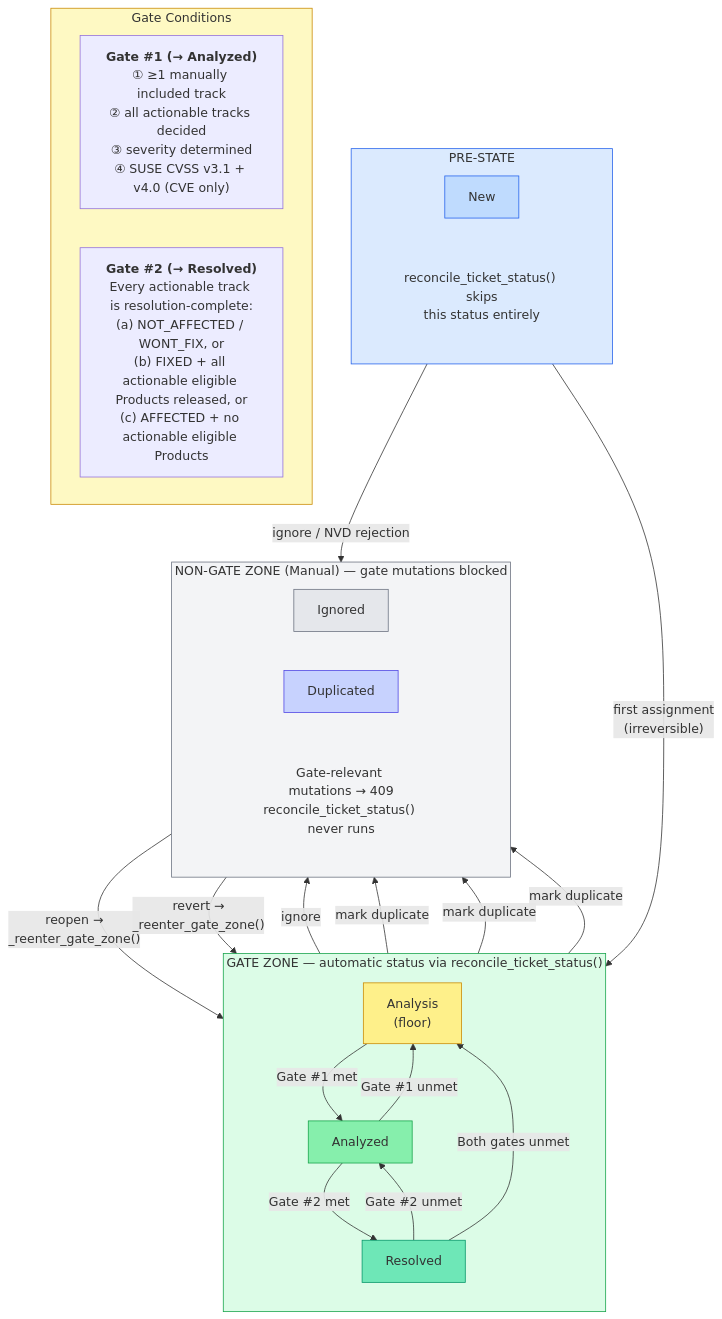
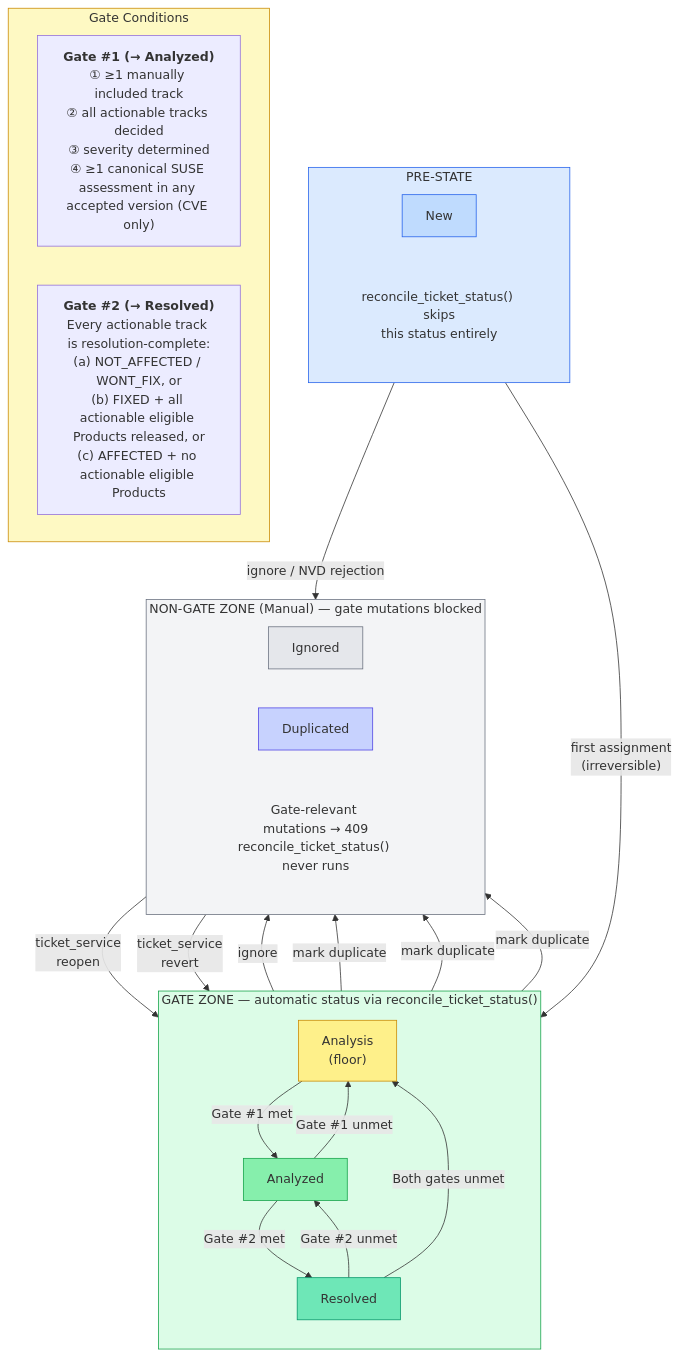
The sixth of 7 diagrams in docs/system-map.md (StayPirate/sentinel), drawn with Mermaid before and after one commit. The commit also changed other lines of this file and 16 other files, not shown here.

````diff
--- a/docs/system-map.md
+++ b/docs/system-map.md
@@ -640,64 +641,64 @@
 ```mermaid
 flowchart TD
     subgraph pre["PRE-STATE"]
         direction LR
         NEW["New"]
         NOTE_PRE["reconcile_ticket_status() skips<br/>this status entirely"]
     end
 
     subgraph gate["GATE ZONE — automatic status via reconcile_ticket_status()"]
         direction TB
         ANALYSIS["Analysis<br/>(floor)"]
         ANALYZED["Analyzed"]
         RESOLVED["Resolved"]
 
         ANALYSIS -->|"Gate #1 met"| ANALYZED
         ANALYZED -->|"Gate #1 unmet"| ANALYSIS
         ANALYZED -->|"Gate #2 met"| RESOLVED
         RESOLVED -->|"Gate #2 unmet"| ANALYZED
         RESOLVED -->|"Both gates unmet"| ANALYSIS
     end
 
     subgraph manual["NON-GATE ZONE (Manual) — gate mutations blocked"]
         direction LR
         IGNORED["Ignored"]
         DUPLICATED["Duplicated"]
         NOTE_MANUAL["Gate-relevant mutations → 409<br/>reconcile_ticket_status() never runs"]
     end
 
     subgraph gates_ref["Gate Conditions"]
         direction LR
-        G1["<b>Gate #1 (→ Analyzed)</b><br/>① ≥1 manually included track<br/>② all actionable tracks decided<br/>③ severity determined<br/>④ SUSE CVSS v3.1 + v4.0 (CVE only)"]
+        G1["<b>Gate #1 (→ Analyzed)</b><br/>① ≥1 manually included track<br/>② all actionable tracks decided<br/>③ severity determined<br/>④ ≥1 canonical SUSE assessment in any accepted version (CVE only)"]
         G2["<b>Gate #2 (→ Resolved)</b><br/>Every actionable track is resolution-complete:<br/>(a) NOT_AFFECTED / WONT_FIX, or<br/>(b) FIXED + all actionable eligible Products released, or<br/>(c) AFFECTED + no actionable eligible Products"]
     end
 
     %% Entry from pre-state to gate zone
     NEW -->|"first assignment<br/>(irreversible)"| ANALYSIS
 
     %% Exit to manual zone
     NEW -->|"ignore / NVD rejection"| IGNORED
     ANALYSIS -->|"ignore"| IGNORED
     ANALYSIS -->|"mark duplicate"| DUPLICATED
     ANALYZED -->|"mark duplicate"| DUPLICATED
     RESOLVED -->|"mark duplicate"| DUPLICATED
 
     %% Re-entry from manual zone to gate zone
-    IGNORED -->|"reopen →<br/>_reenter_gate_zone()"| ANALYSIS
-    DUPLICATED -->|"revert →<br/>_reenter_gate_zone()"| ANALYSIS
+    IGNORED -->|"ticket_service<br/>reopen"| ANALYSIS
+    DUPLICATED -->|"ticket_service<br/>revert"| ANALYSIS
 
     %% Styling
     style pre fill:#dbeafe,stroke:#2563eb
     style gate fill:#dcfce7,stroke:#16a34a
     style manual fill:#f3f4f6,stroke:#6b7280
     style gates_ref fill:#fef9c3,stroke:#ca8a04
 
     style NEW fill:#bfdbfe,stroke:#2563eb
     style ANALYSIS fill:#fef08a,stroke:#ca8a04
     style ANALYZED fill:#86efac,stroke:#16a34a
     style RESOLVED fill:#6ee7b7,stroke:#059669
     style IGNORED fill:#e5e7eb,stroke:#6b7280
     style DUPLICATED fill:#c7d2fe,stroke:#4f46e5
 
     style NOTE_PRE fill:none,stroke:none
     style NOTE_MANUAL fill:none,stroke:none
 ```
````
